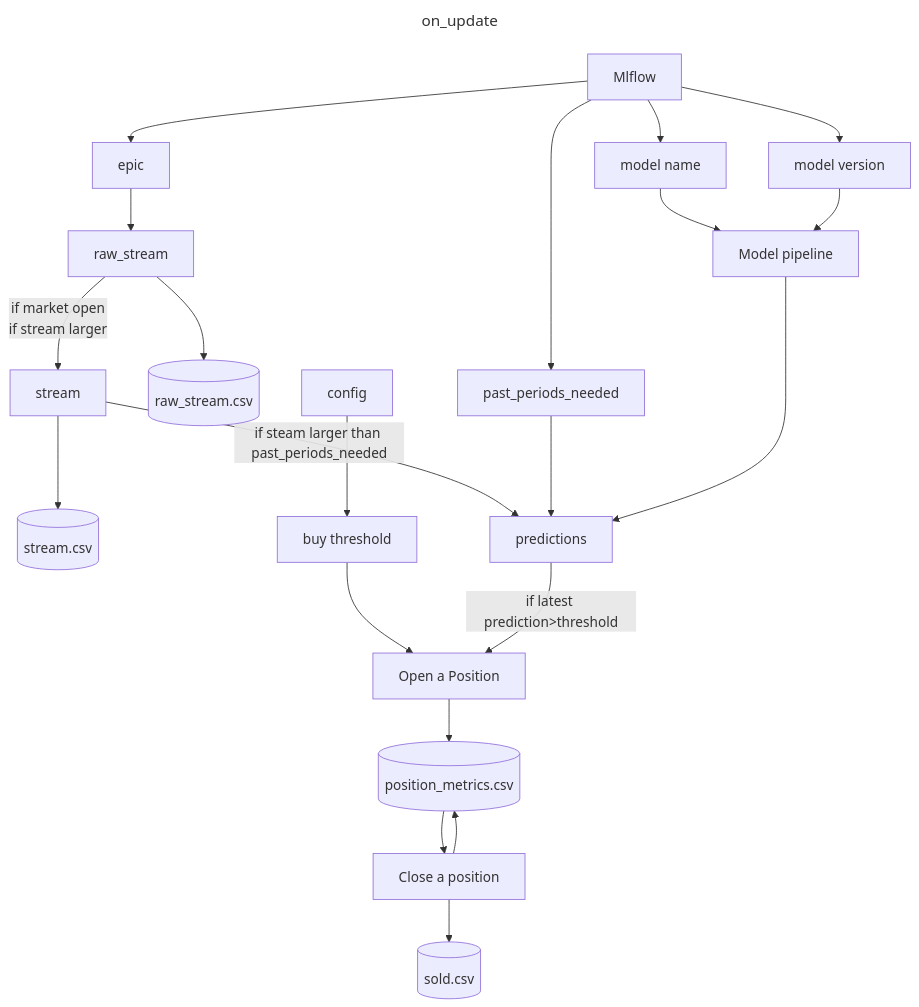
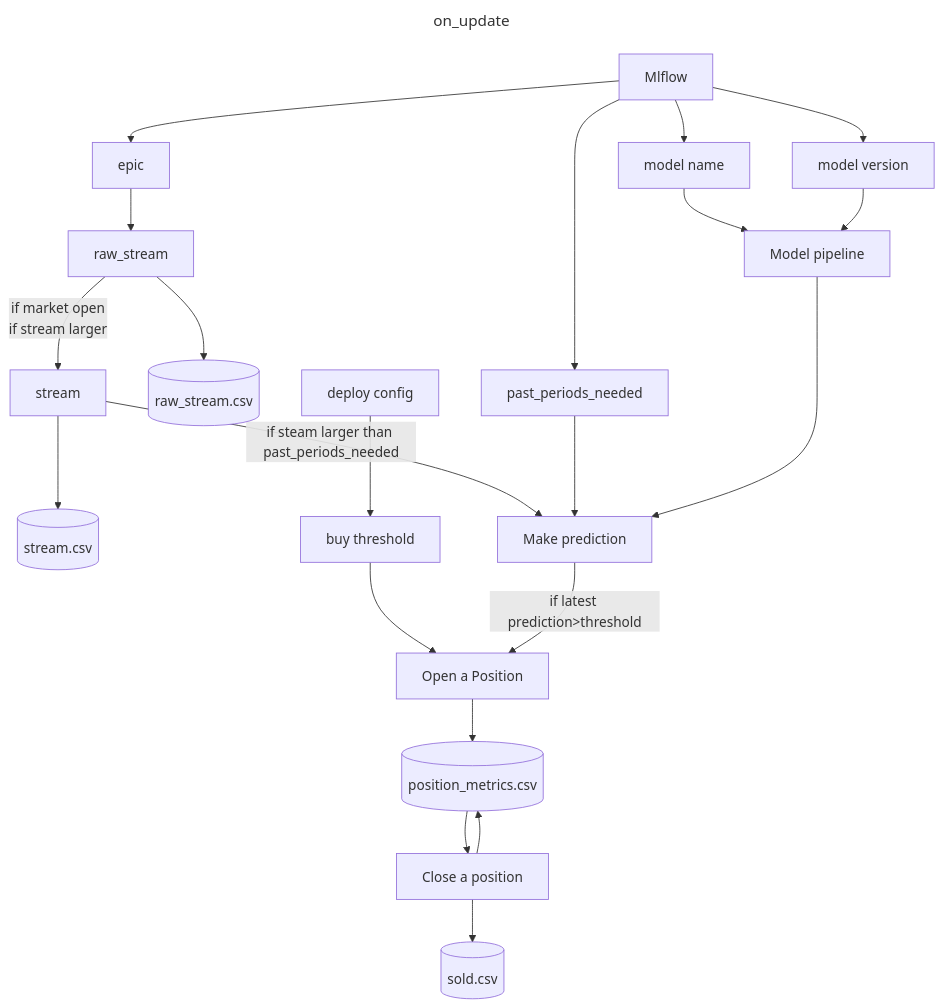
The first of 2 diagrams in README.md (citrez/autoIG), drawn with Mermaid before and after one commit.

Commit message:
small update

````diff
--- a/README.md
+++ b/README.md
@@ -78,29 +78,29 @@
 ``` mermaid
 ---
 title: on_update
 ---
 flowchart TB
 rs[raw_stream] --if market open\nif stream larger--> s[stream]
 mn[model name]-->mp
 rs --> rscsv[(raw_stream.csv)]
 s --> scsv[(stream.csv)]
 s --if steam larger than past_periods_needed-->p
 e[epic]-->rs
-conf[config]-->thr[buy threshold]
+conf[deploy config]-->thr[buy threshold]
 thr-->op
 
 mv[model version]-->mp
 mlf[Mlflow] -->e
 mlf[Mlflow] -->mn
 mlf[Mlflow] -->mv
 mlf[Mlflow] -->ppn[past_periods_needed]
 ppn-->p
 
 
-mp[Model pipeline]-->p[predictions]
+mp[Model pipeline]-->p[Make prediction]
 p--if latest prediction>threshold-->op[Open a Position]
 op-->pm[(position_metrics.csv)]
 pm-->cp[Close a position]
 cp-->pm
 cp-->sold[(sold.csv)]
 ```
````
